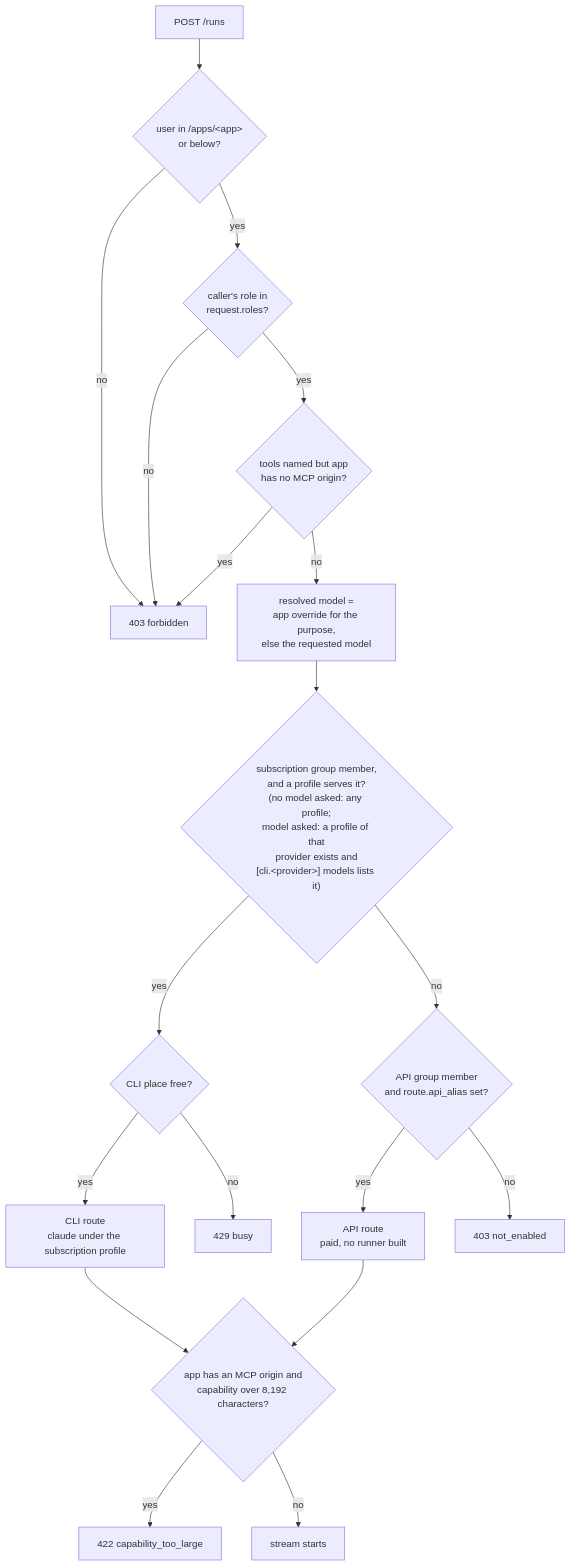
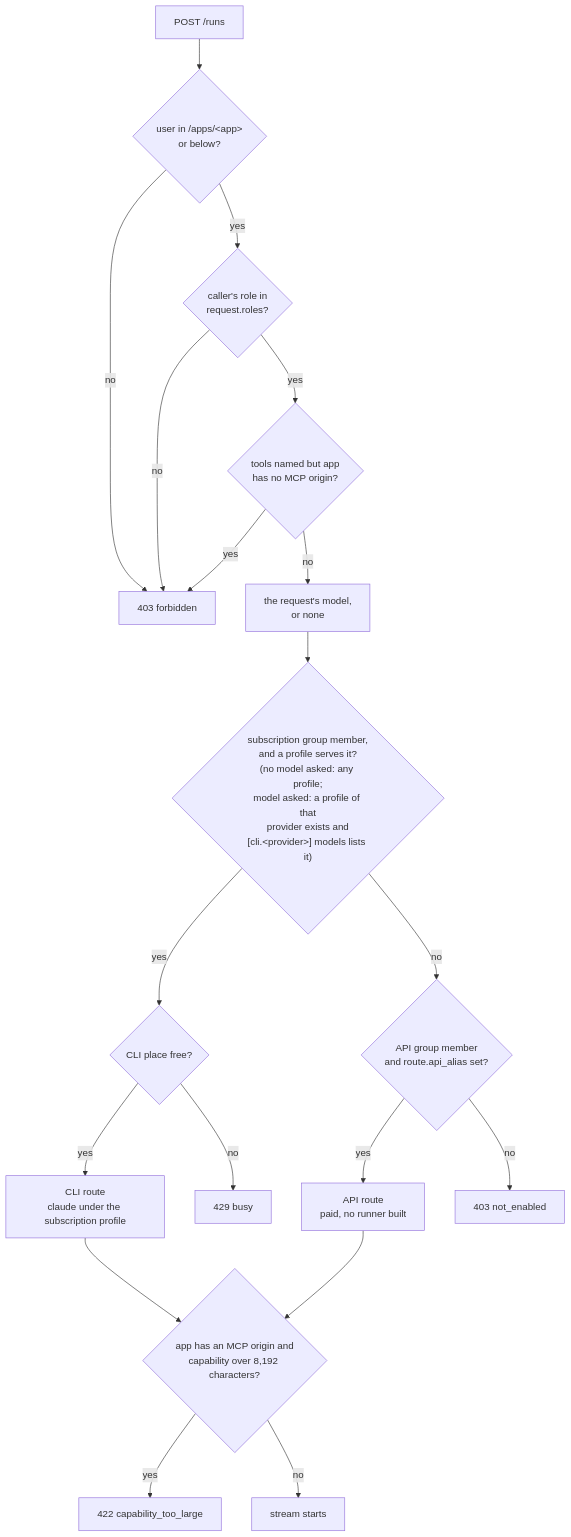
Before and after one commit to overnightworks/agent-providers: the second of 2 diagrams in docs/ARCHITECTURE.md, drawn with Mermaid. The commit also changed other lines of this file and 4 other files, not shown here.

First line of the commit message:
Document that the app owns the model choice

````diff
--- a/docs/ARCHITECTURE.md
+++ b/docs/ARCHITECTURE.md
@@ -63,21 +63,21 @@
 ```mermaid
 flowchart TB
     request["POST /runs"] --> gate{"user in /apps/&lt;app&gt;<br/>or below?"}
     gate -->|no| forbidden["403 forbidden"]
     gate -->|yes| role{"caller's role in<br/>request.roles?"}
     role -->|no| forbidden
     role -->|yes| tools{"tools named but app<br/>has no MCP origin?"}
     tools -->|yes| forbidden
-    tools -->|no| model["resolved model =<br/>app override for the purpose,<br/>else the requested model"]
+    tools -->|no| model["the request's model,<br/>or none"]
     model --> subscription{"subscription group member,<br/>and a profile serves it?<br/>(no model asked: any profile;<br/>model asked: a profile of that<br/>provider exists and<br/>[cli.&lt;provider&gt;] models lists it)"}
     subscription -->|yes| slot{"CLI place free?"}
     slot -->|yes| cli["CLI route<br/>claude under the subscription profile"]
     slot -->|no| busy["429 busy"]
     subscription -->|no| api{"API group member<br/>and route.api_alias set?"}
     api -->|yes| paid["API route<br/>paid, no runner built"]
     api -->|no| notenabled["403 not_enabled"]
     cli --> size{"app has an MCP origin and<br/>capability over 8,192 characters?"}
     paid --> size
     size -->|yes| toolarge["422 capability_too_large"]
     size -->|no| run["stream starts"]
 ```
````
